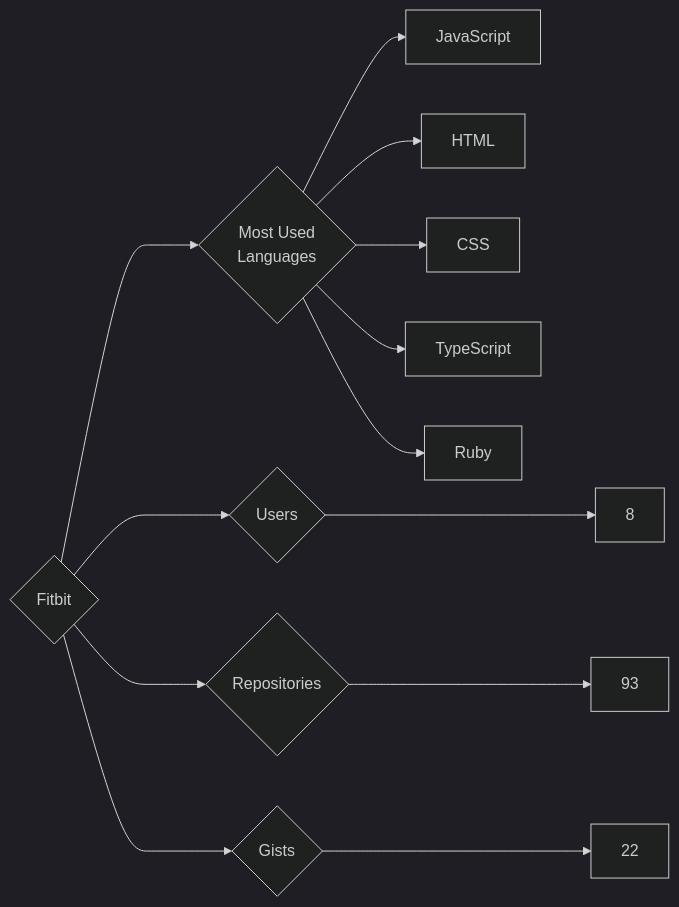
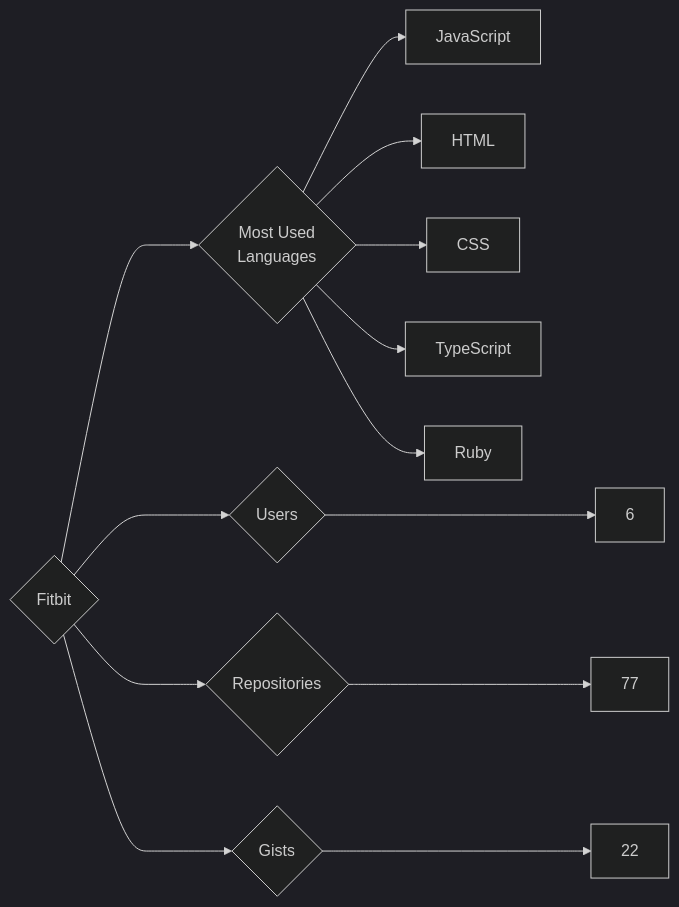
The diagram in targets/Fitbit/README.md (trickest/insiders), drawn with Mermaid (dark theme) before and after one commit. The commit also changed 1007 other files, not shown here.

````diff
--- a/targets/Fitbit/README.md
+++ b/targets/Fitbit/README.md
@@ -3,13 +3,13 @@
 ```mermaid
 graph LR
 COMPANY_NAME{Fitbit}
-COMPANY_NAME ---> U{Users} ---> UN[8]
-COMPANY_NAME ---> R{Repositories} ---> RN[93]
+COMPANY_NAME ---> U{Users} ---> UN[6]
+COMPANY_NAME ---> R{Repositories} ---> RN[77]
 COMPANY_NAME ---> G{Gists} ---> GN[22]
 COMPANY_NAME ---> ML{Most Used<br>Languages}
 ML --> JavaScript[JavaScript]
 ML --> HTML[HTML]
 ML --> CSS[CSS]
 ML --> TypeScript[TypeScript]
 ML --> Ruby[Ruby]
 ```
````
